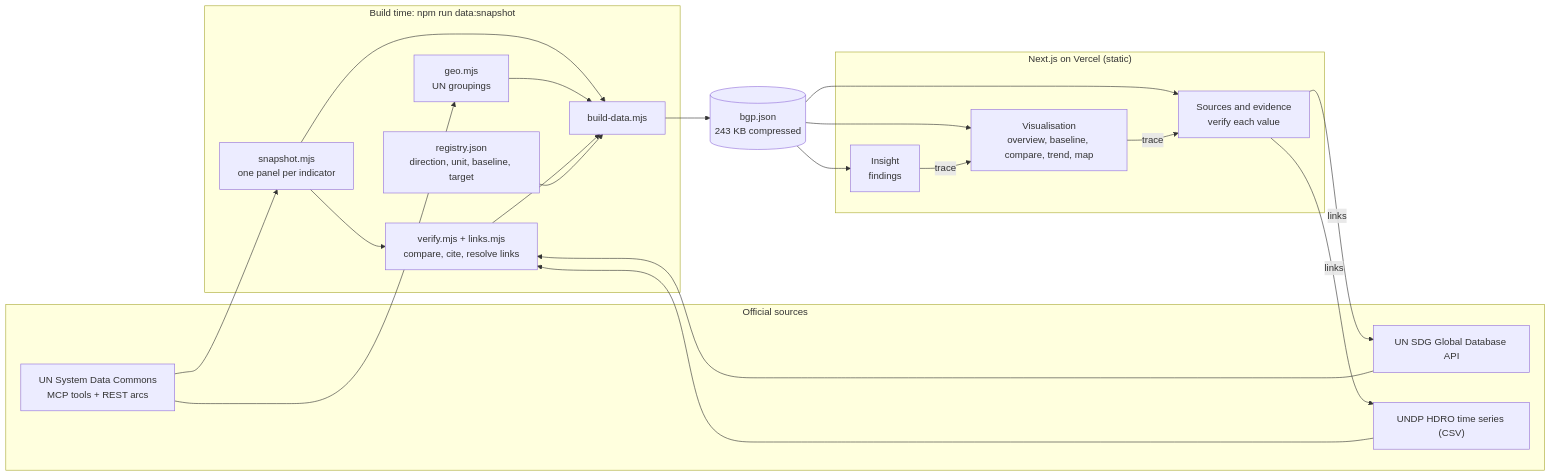
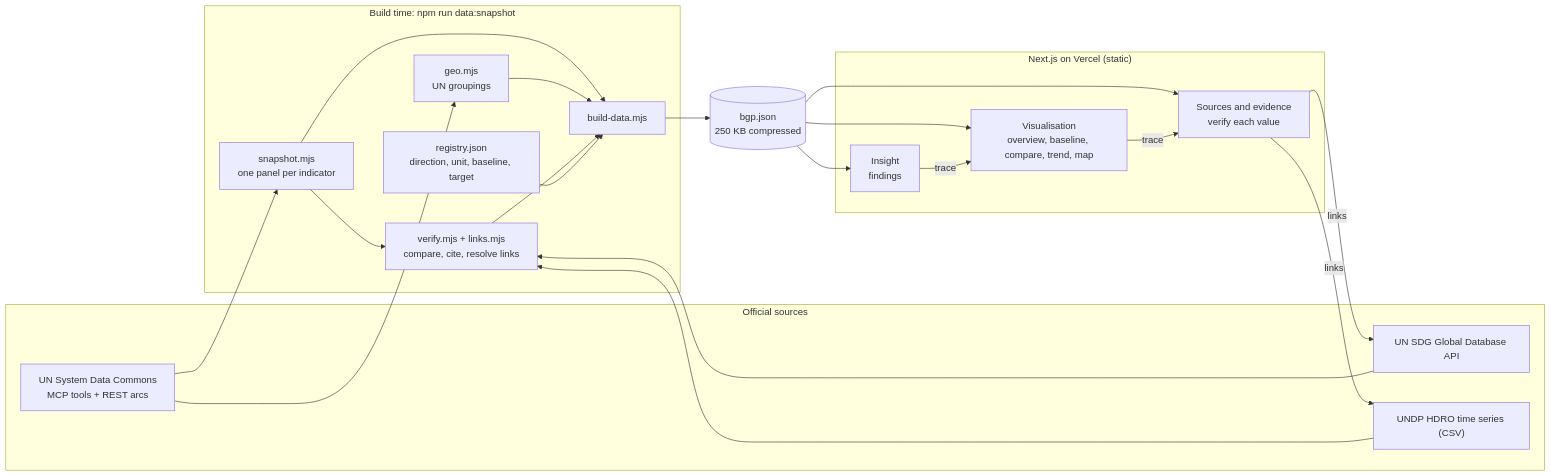
One commit to roshaninfordham/Benchmarking-Global-Prosperity changed the diagram in docs/architecture.md. Above: the diagram before and after it, drawn with Mermaid. The commit also changed other lines of this file and 3 other files, not shown here.

````diff
--- a/docs/architecture.md
+++ b/docs/architecture.md
@@ -5,40 +5,40 @@
 ```mermaid
 flowchart LR
   subgraph Sources["Official sources"]
     MCP["UN System Data Commons<br/>MCP tools + REST arcs"]
     SDG["UN SDG Global Database API"]
     UNDP["UNDP HDRO time series (CSV)"]
   end
 
   subgraph Build["Build time: npm run data:snapshot"]
     SNAP["snapshot.mjs<br/>one panel per indicator"]
     GEO["geo.mjs<br/>UN groupings"]
     VER["verify.mjs + links.mjs<br/>compare, cite, resolve links"]
     REG["registry.json<br/>direction, unit, baseline, target"]
     BUILD["build-data.mjs"]
   end
 
   MCP --> SNAP
   MCP --> GEO
   SDG --> VER
   UNDP --> VER
   SNAP --> VER
   SNAP --> BUILD
   GEO --> BUILD
   VER --> BUILD
   REG --> BUILD
-  BUILD --> JSON[("bgp.json<br/>243 KB compressed")]
+  BUILD --> JSON[("bgp.json<br/>250 KB compressed")]
 
   subgraph App["Next.js on Vercel (static)"]
     INS["Insight<br/>findings"]
     VIZ["Visualisation<br/>overview, baseline, compare, trend, map"]
     EVI["Sources and evidence<br/>verify each value"]
   end
 
   JSON --> INS
   JSON --> VIZ
   JSON --> EVI
   INS -- "trace" --> VIZ -- "trace" --> EVI
   EVI -- "links" --> SDG
   EVI -- "links" --> UNDP
 ```
````
